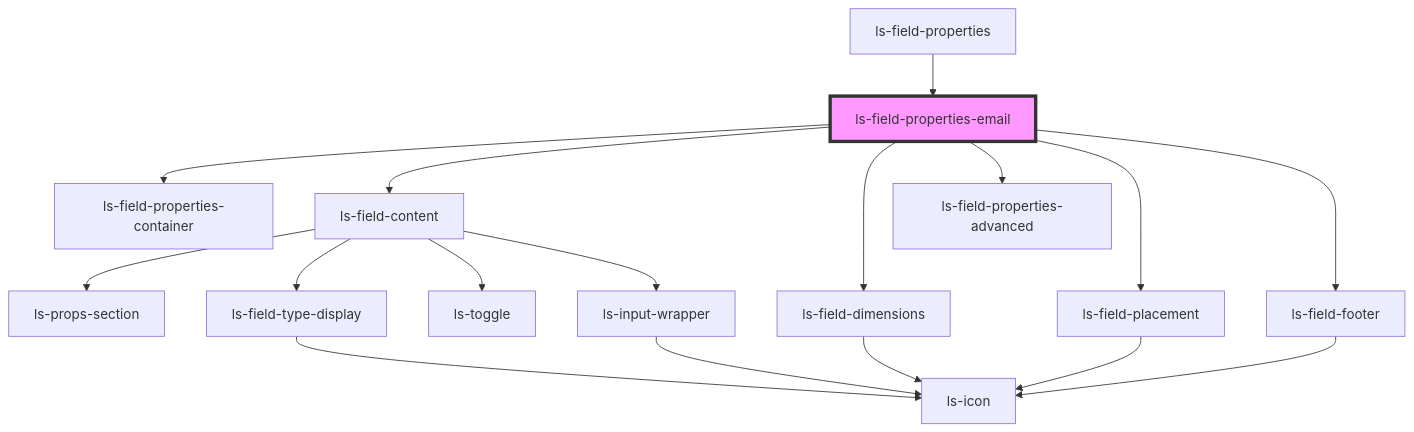
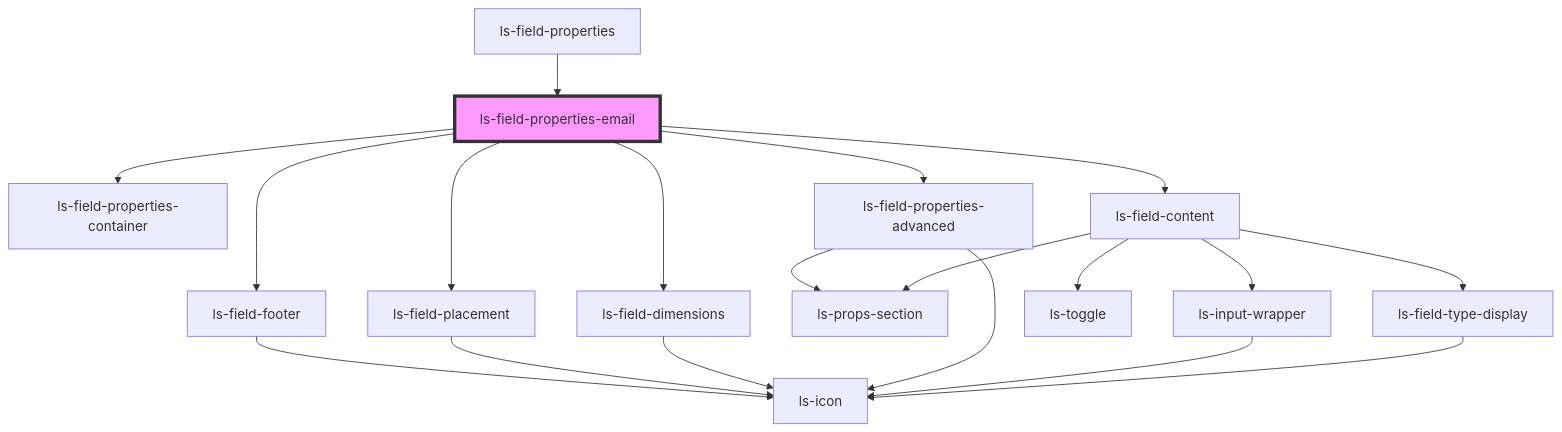
The diagram in src/components/ls-field-properties-email/readme.md (legalesign/ls-document-viewer), drawn with Mermaid before and after one commit. The commit also changed 31 other files, not shown here.

````diff
--- a/src/components/ls-field-properties-email/readme.md
+++ b/src/components/ls-field-properties-email/readme.md
@@ -31,20 +31,22 @@
 ```mermaid
 graph TD;
   ls-field-properties-email --> ls-field-properties-container
   ls-field-properties-email --> ls-field-content
+  ls-field-properties-email --> ls-field-properties-advanced
   ls-field-properties-email --> ls-field-dimensions
-  ls-field-properties-email --> ls-field-properties-advanced
   ls-field-properties-email --> ls-field-placement
   ls-field-properties-email --> ls-field-footer
   ls-field-content --> ls-props-section
   ls-field-content --> ls-field-type-display
   ls-field-content --> ls-toggle
   ls-field-content --> ls-input-wrapper
   ls-field-type-display --> ls-icon
   ls-input-wrapper --> ls-icon
+  ls-field-properties-advanced --> ls-icon
+  ls-field-properties-advanced --> ls-props-section
   ls-field-dimensions --> ls-icon
   ls-field-placement --> ls-icon
   ls-field-footer --> ls-icon
   ls-field-properties --> ls-field-properties-email
   style ls-field-properties-email fill:#f9f,stroke:#333,stroke-width:4px
 ```
````
